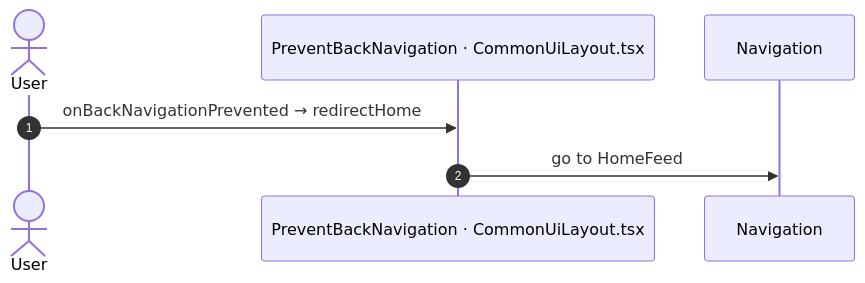
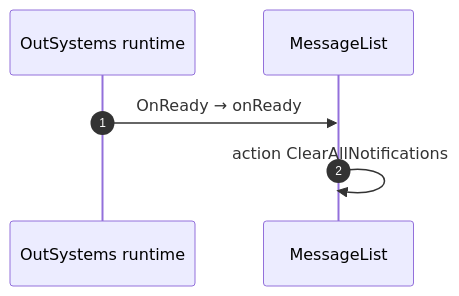
One commit to Phoenix-DX/connect-new-ui changed the third of 3 diagrams in route-actions/routes/MessageList.md. Above: the diagram before and after it, drawn with Mermaid. The commit also changed other lines of this file and 52 other files, not shown here.

Commit message:
route actions: all 51 routes in layout v2 (40 differences: 38 calls, 2 navigation parameters)

````diff
--- a/route-actions/routes/MessageList.md
+++ b/route-actions/routes/MessageList.md
@@ -629,9 +185,8 @@
 ```mermaid
 sequenceDiagram
   autonumber
-  actor U as User
-  participant H as PreventBackNavigation · CommonUiLayout.tsx
-  participant N as Navigation
-  U->>H: onBackNavigationPrevented → redirectHome
-  H->>N: go to HomeFeed
+  participant R as OutSystems runtime
+  participant B as MessageList
+  R->>B: OnReady → onReady
+  B->>B: action ClearAllNotifications
 ```
````
